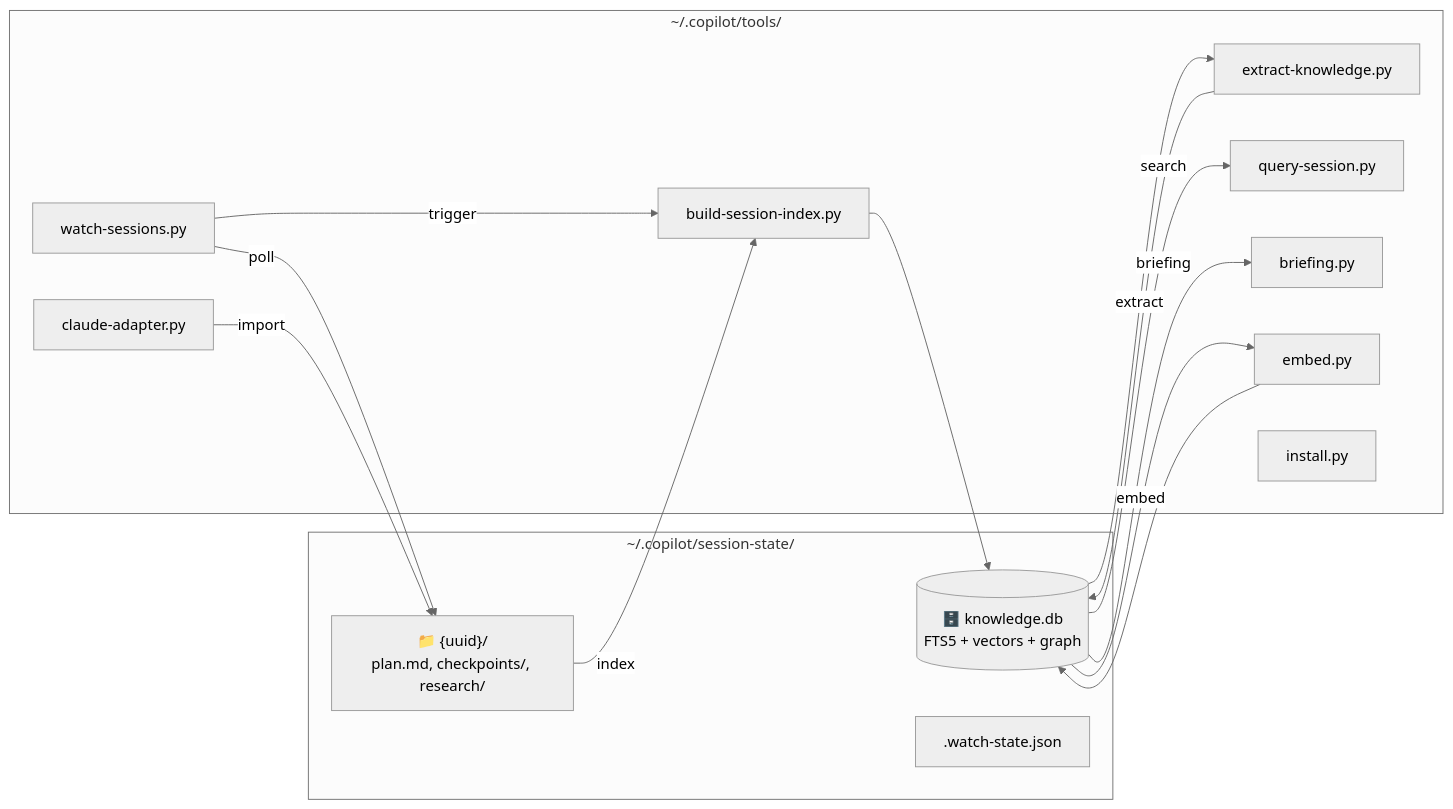
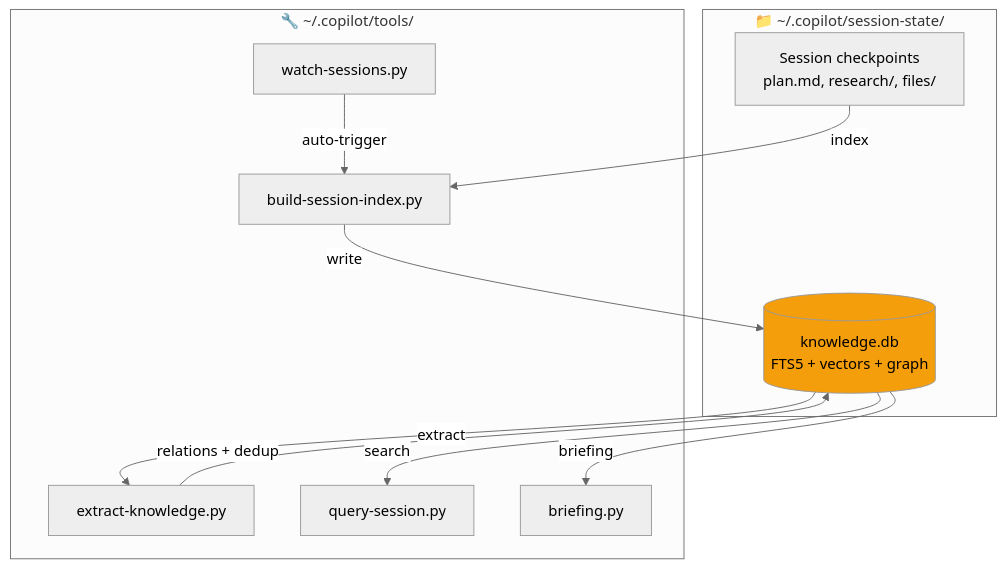
The diagram in README.md (magicpro97/copilot-session-knowledge), drawn with Mermaid (neutral theme) before and after one commit. The commit also changed other lines of this file, not shown here.

````diff
--- a/README.md
+++ b/README.md
@@ -16,28 +117,23 @@
 ```mermaid
-graph LR
-  subgraph "~/.copilot/session-state/"
-    RAW["📁 {uuid}/<br/>plan.md, checkpoints/, research/"]
-    DB[("🗄️ knowledge.db<br/>FTS5 + vectors + graph")]
-    WATCH[".watch-state.json"]
+flowchart TD
+  subgraph Data["📁 ~/.copilot/session-state/"]
+    RAW["Session checkpoints<br/>plan.md, research/, files/"]
+    DB[("knowledge.db<br/>FTS5 + vectors + graph")]
   end
 
-  subgraph "~/.copilot/tools/"
-    IDX["build-session-index.py"]
-    EXT["extract-knowledge.py"]
-    QRY["query-session.py"]
-    BRF["briefing.py"]
-    EMB["embed.py"]
-    WCH["watch-sessions.py"]
-    CLA["claude-adapter.py"]
-    INS["install.py"]
+  subgraph Tools["🔧 ~/.copilot/tools/"]
+    IDX[build-session-index.py]
+    EXT[extract-knowledge.py]
+    QRY[query-session.py]
+    BRF[briefing.py]
+    WCH[watch-sessions.py]
   end
 
-  RAW -->|index| IDX --> DB
-  DB -->|extract| EXT --> DB
+  RAW -->|index| IDX -->|write| DB
+  DB -->|extract| EXT -->|relations + dedup| DB
   DB -->|search| QRY
   DB -->|briefing| BRF
-  DB -->|embed| EMB --> DB
-  WCH -->|poll| RAW
-  WCH -->|trigger| IDX
-  CLA -->|import| RAW
+  WCH -->|auto-trigger| IDX
+
+  style DB fill:#f59e0b,color:#000
 ```
````
